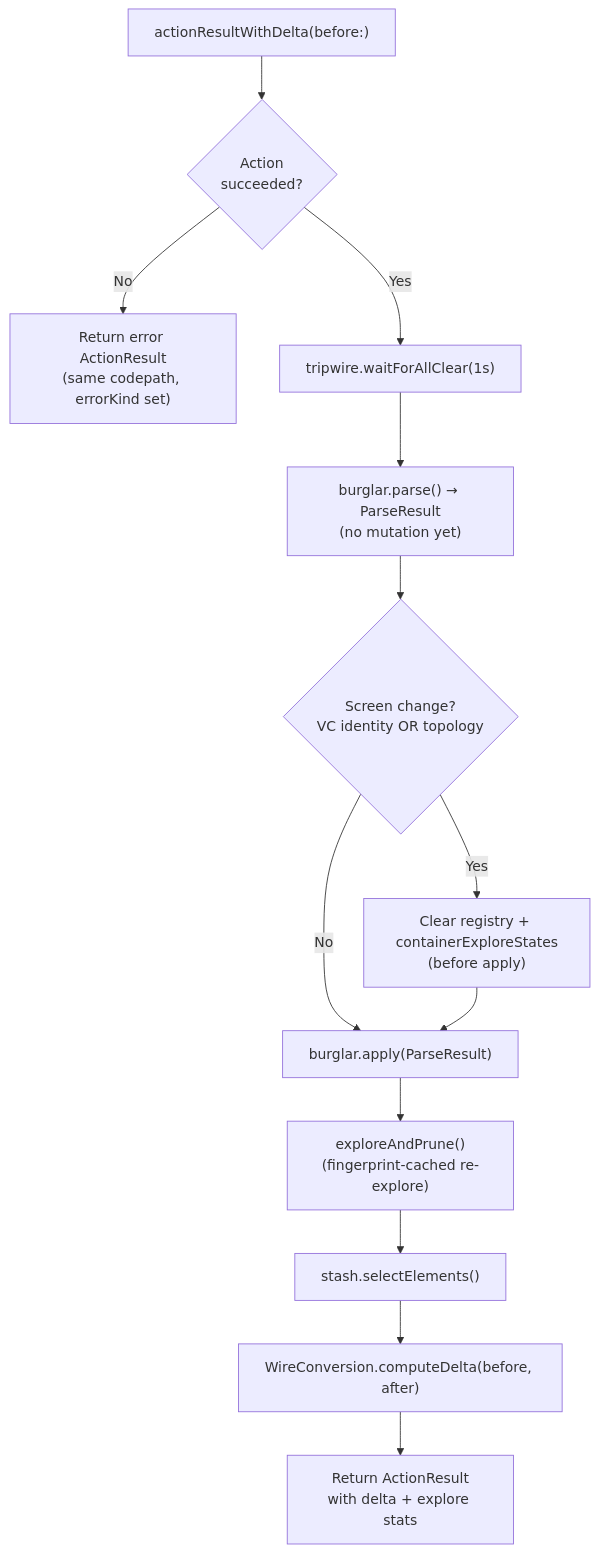
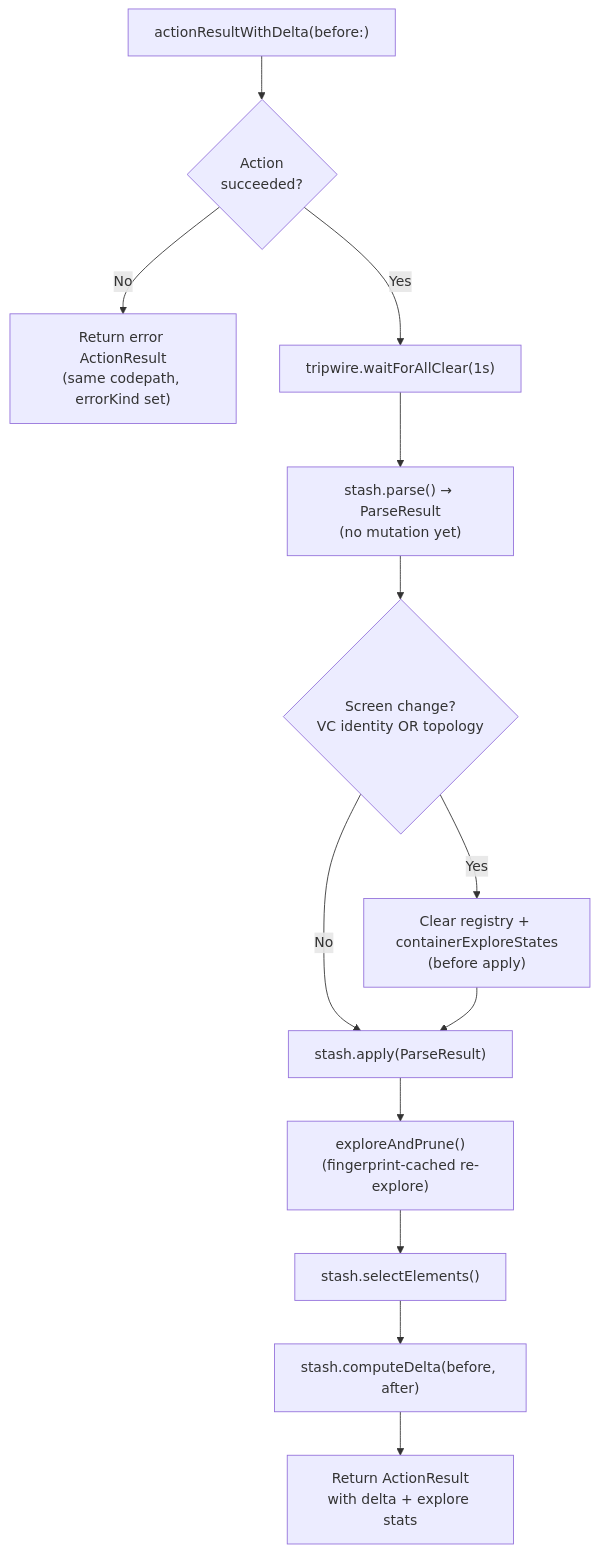
Before and after one commit to RoyalPineapple/TheButtonHeist: the third of 3 diagrams in docs/dossiers/13b-THEBRAINS.md, drawn with Mermaid. The commit also changed other lines of this file and 70 other files, not shown here.

````diff
--- a/docs/dossiers/13b-THEBRAINS.md
+++ b/docs/dossiers/13b-THEBRAINS.md
@@ -75,17 +78,17 @@
 ```mermaid
 flowchart TD
     A["actionResultWithDelta(before:)"] --> B{Action<br/>succeeded?}
     B -->|No| C["Return error ActionResult<br/>(same codepath, errorKind set)"]
     B -->|Yes| D["tripwire.waitForAllClear(1s)"]
-    D --> E["burglar.parse() → ParseResult<br/>(no mutation yet)"]
+    D --> E["stash.parse() → ParseResult<br/>(no mutation yet)"]
 
     E --> F{Screen change?<br/>VC identity OR topology}
     F -->|Yes| G["Clear registry + containerExploreStates<br/>(before apply)"]
-    F -->|No| H["burglar.apply(ParseResult)"]
+    F -->|No| H["stash.apply(ParseResult)"]
     G --> H
 
     H --> I["exploreAndPrune()<br/>(fingerprint-cached re-explore)"]
     I --> J["stash.selectElements()"]
-    J --> K["WireConversion.computeDelta(before, after)"]
+    J --> K["stash.computeDelta(before, after)"]
     K --> L["Return ActionResult<br/>with delta + explore stats"]
 ```
````
